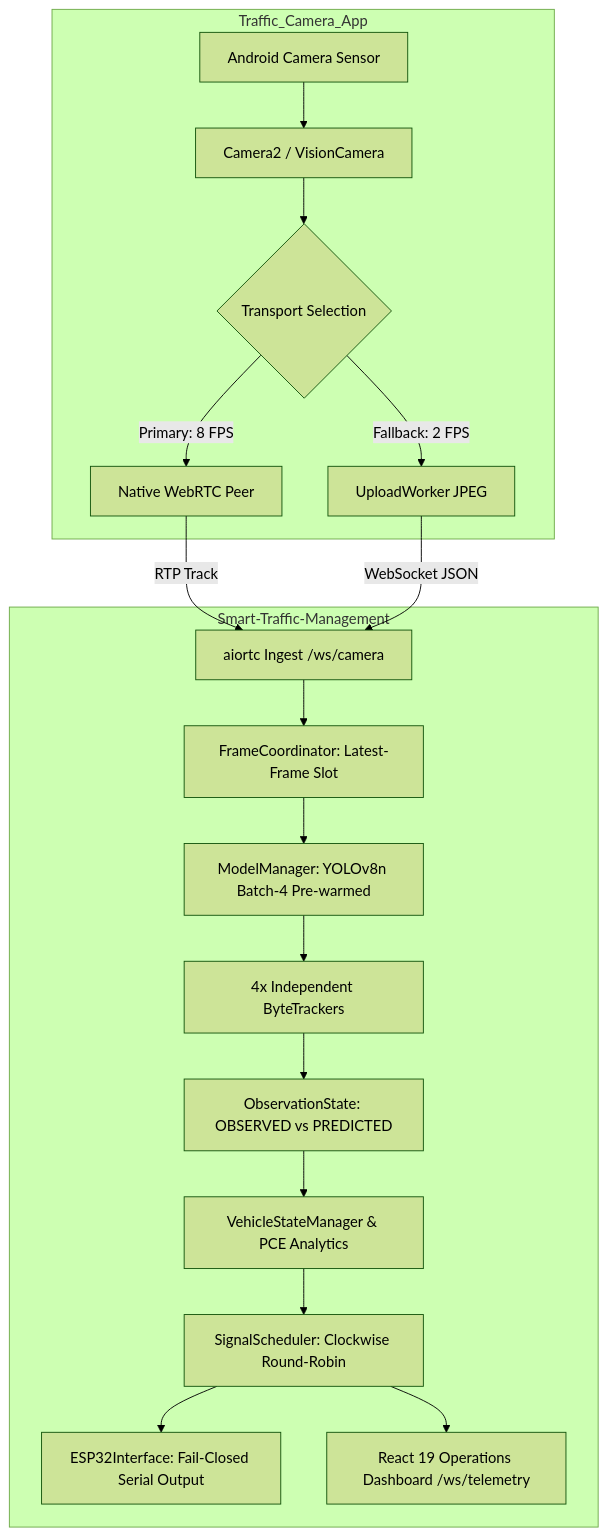
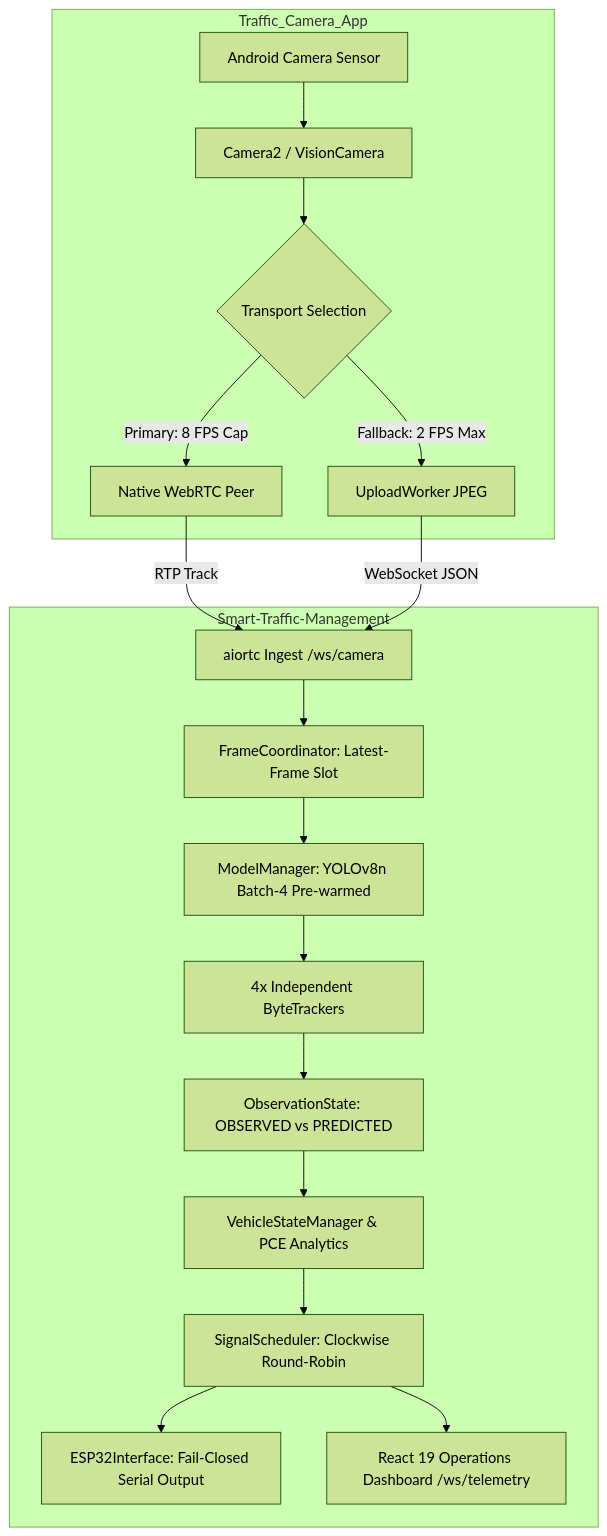
The diagram in docs/SOFTWARE_AUDIT.md (Abishek-805/Smart-Traffic-Management), drawn with Mermaid (forest theme) before and after one commit. The commit also changed other lines of this file and 7 other files, not shown here.

````diff
--- a/docs/SOFTWARE_AUDIT.md
+++ b/docs/SOFTWARE_AUDIT.md
@@ -17,22 +17,22 @@
 ```mermaid
 graph TD
     subgraph Mobile Repository [Traffic_Camera_App]
         A[Android Camera Sensor] --> B[Camera2 / VisionCamera]
         B --> C{Transport Selection}
-        C -->|Primary: 8 FPS| D[Native WebRTC Peer]
-        C -->|Fallback: 2 FPS| E[UploadWorker JPEG]
+        C -->|Primary: 8 FPS Cap| D[Native WebRTC Peer]
+        C -->|Fallback: 2 FPS Max| E[UploadWorker JPEG]
     end
 
     subgraph Backend Repository [Smart-Traffic-Management]
         D -->|RTP Track| F[aiortc Ingest /ws/camera]
         E -->|WebSocket JSON| F
         F --> G[FrameCoordinator: Latest-Frame Slot]
         G --> H[ModelManager: YOLOv8n Batch-4 Pre-warmed]
         H --> I[4x Independent ByteTrackers]
         I --> J[ObservationState: OBSERVED vs PREDICTED]
         J --> K[VehicleStateManager & PCE Analytics]
         K --> L[SignalScheduler: Clockwise Round-Robin]
         L --> M[ESP32Interface: Fail-Closed Serial Output]
         L --> N[React 19 Operations Dashboard /ws/telemetry]
     end
 ```
````
